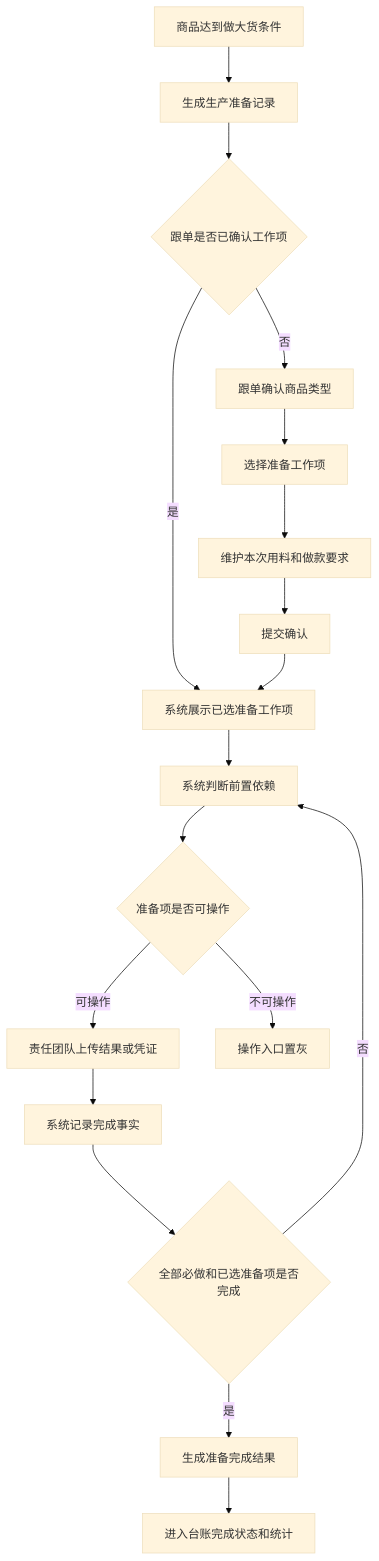
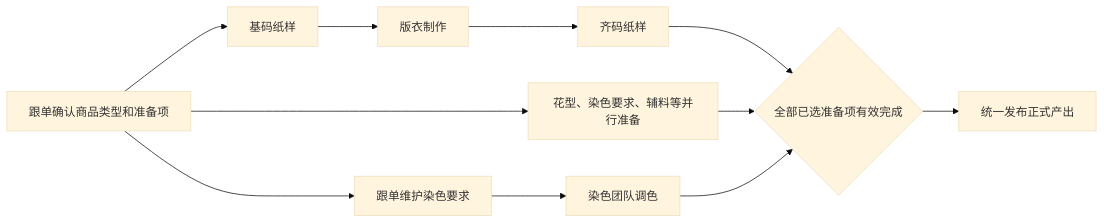
Before and after one commit to laoertongxue/higoods: the first of 8 diagrams in docs/product-design/生产准备时效产品需求文档.md, drawn with Mermaid (base theme). The commit also changed other lines of this file, not shown here.

````diff
--- a/docs/product-design/生产准备时效产品需求文档.md
+++ b/docs/product-design/生产准备时效产品需求文档.md
@@ -66,20 +291,13 @@
 ```mermaid
-flowchart TD
-  A["商品达到做大货条件"] --> B["生成生产准备记录"]
-  B --> C{"跟单是否已确认工作项"}
-  C -->|否| D["跟单确认商品类型"]
-  D --> E["选择准备工作项"]
-  E --> F["维护本次用料和做款要求"]
-  F --> G["提交确认"]
-  C -->|是| H["系统展示已选准备工作项"]
-  G --> H
-  H --> I["系统判断前置依赖"]
-  I --> J{"准备项是否可操作"}
-  J -->|可操作| K["责任团队上传结果或凭证"]
-  J -->|不可操作| L["操作入口置灰"]
-  K --> M["系统记录完成事实"]
-  M --> N{"全部必做和已选准备项是否完成"}
-  N -->|否| I
-  N -->|是| O["生成准备完成结果"]
-  O --> P["进入台账完成状态和统计"]
+flowchart LR
+  C["跟单确认商品类型和准备项"] --> P1["基码纸样"]
+  C --> X["花型、染色要求、辅料等并行准备"]
+  P1 --> S["版衣制作"]
+  S --> P2["齐码纸样"]
+  C --> DR["跟单维护染色要求"]
+  DR --> D["染色团队调色"]
+  P2 --> ALL{"全部已选准备项有效完成"}
+  X --> ALL
+  D --> ALL
+  ALL --> OUT["统一发布正式产出"]
 ```
````
